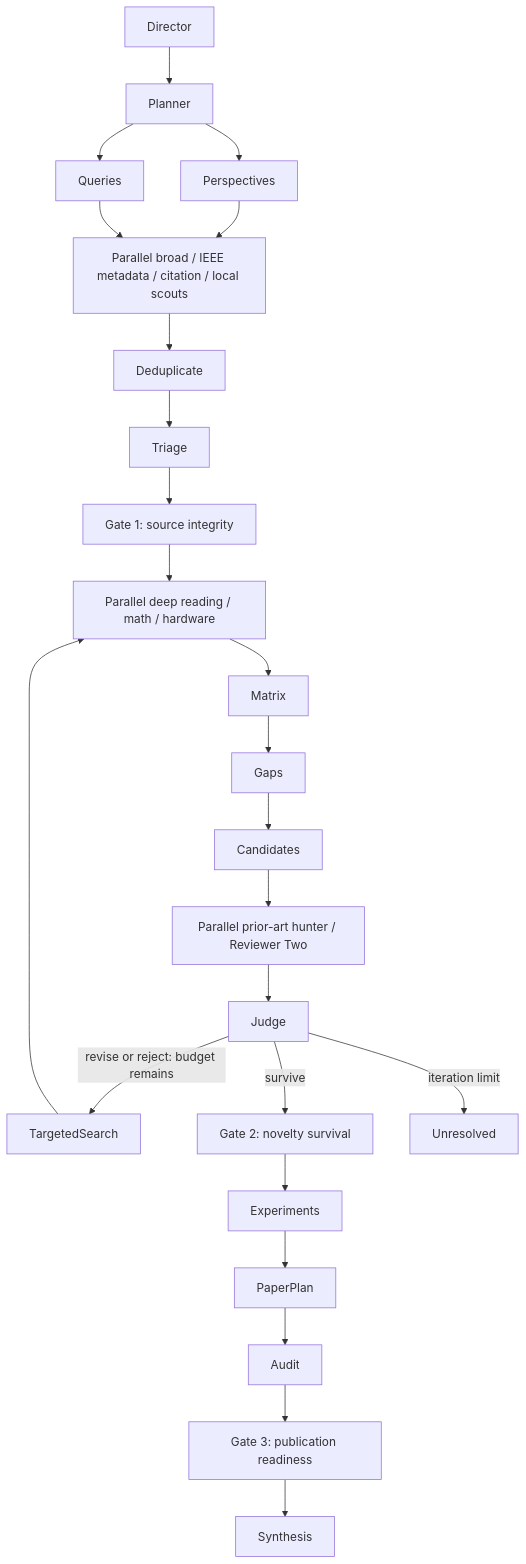
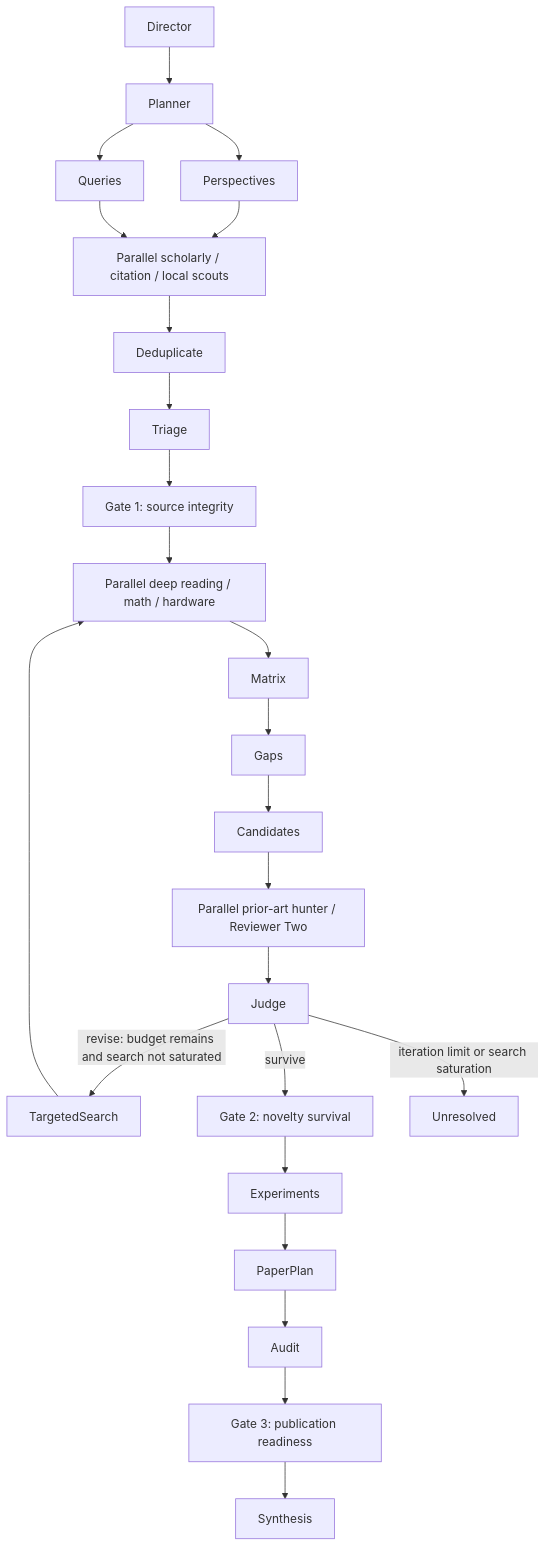
The diagram in research_council/docs/workflow.md (anhnvmta-collab/AGENTS_RESEARCH), drawn with Mermaid before and after one commit. The commit also changed other lines of this file and 13 other files, not shown here.

````diff
--- a/research_council/docs/workflow.md
+++ b/research_council/docs/workflow.md
@@ -3,20 +3,20 @@
 ```mermaid
 flowchart TD
   Director --> Planner
   Planner --> Perspectives
   Planner --> Queries
   Perspectives --> Discovery
   Queries --> Discovery
-  Discovery[Parallel broad / IEEE metadata / citation / local scouts] --> Deduplicate
+  Discovery[Parallel scholarly / citation / local scouts] --> Deduplicate
   Deduplicate --> Triage --> G1[Gate 1: source integrity]
   G1 --> Analysis[Parallel deep reading / math / hardware]
   Analysis --> Matrix --> Gaps --> Candidates
   Candidates --> Attack[Parallel prior-art hunter / Reviewer Two]
   Attack --> Judge
-  Judge -->|revise or reject: budget remains| TargetedSearch
+  Judge -->|revise: budget remains and search not saturated| TargetedSearch
   TargetedSearch --> Analysis
   Judge -->|survive| G2[Gate 2: novelty survival]
-  Judge -->|iteration limit| Unresolved
+  Judge -->|iteration limit or search saturation| Unresolved
   G2 --> Experiments --> PaperPlan --> Audit
   Audit --> G3[Gate 3: publication readiness] --> Synthesis
 ```
````
